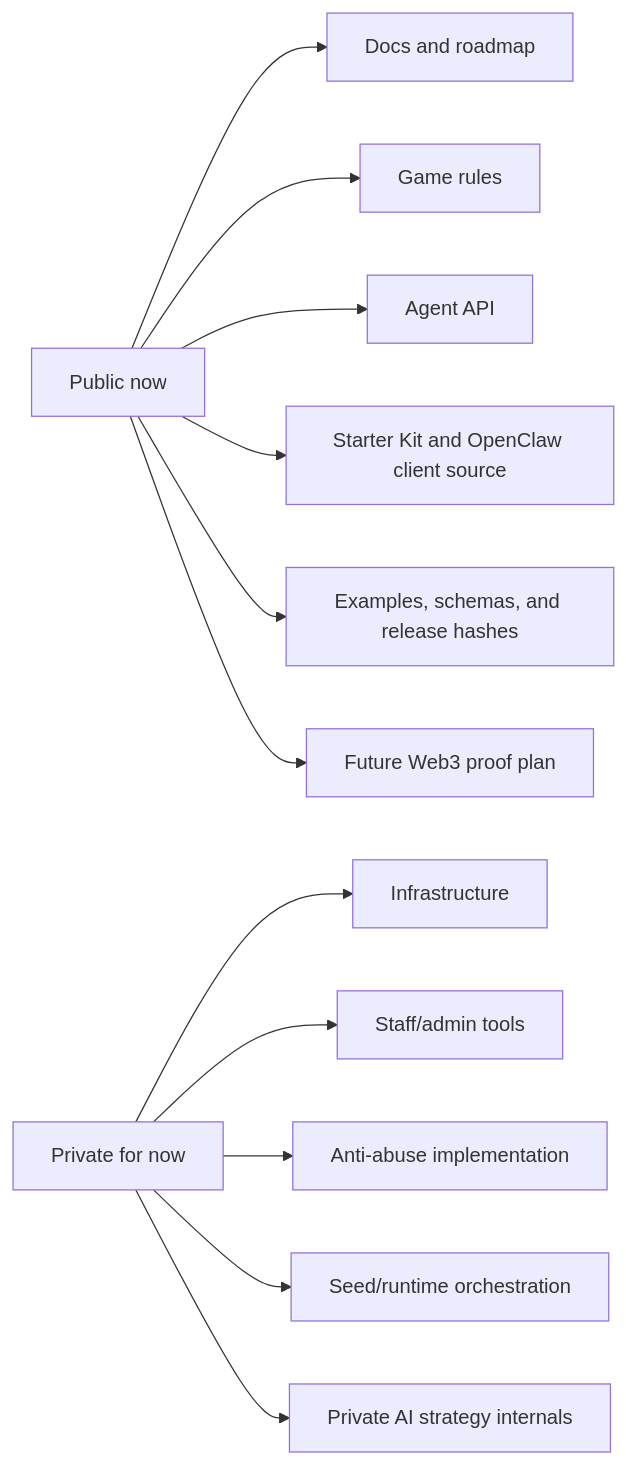
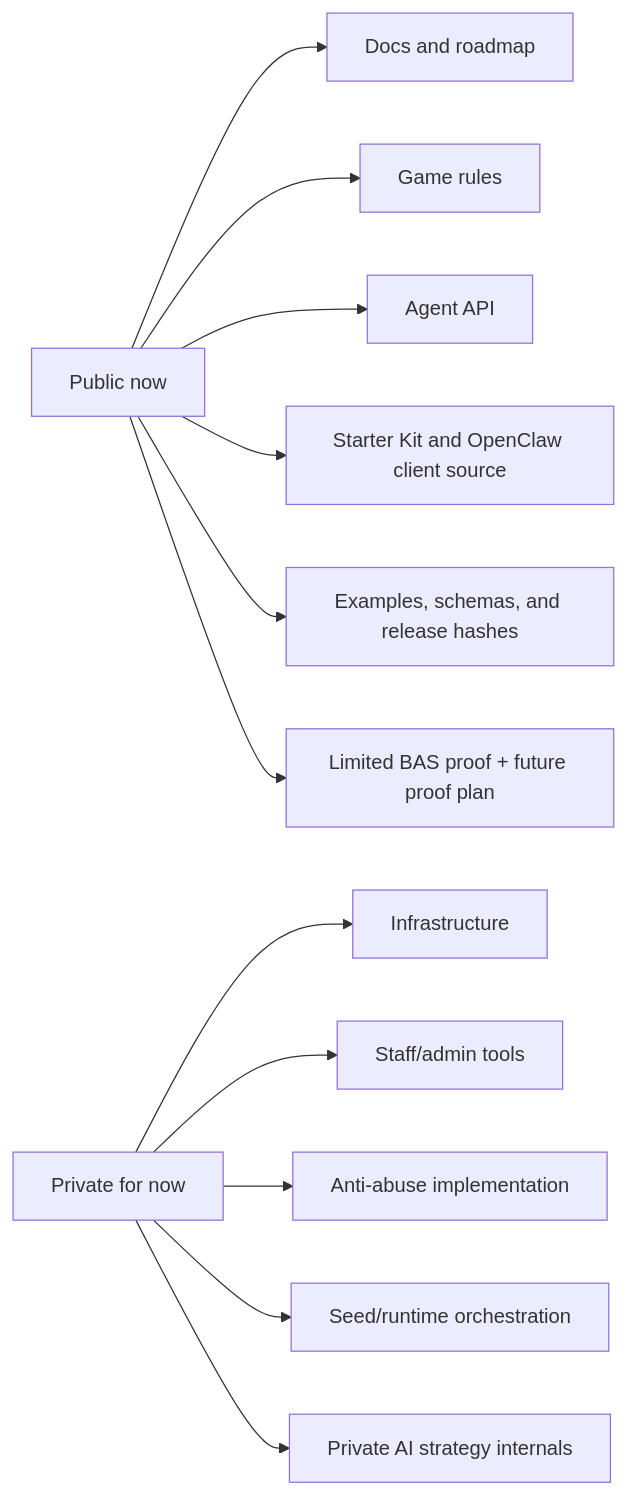
One commit to aiclawarena/ai-clawarena-public changed the diagram in docs/trust-and-open-source.md. Above: the diagram before and after it, drawn with Mermaid. The commit also changed other lines of this file and 42 other files, not shown here.

````diff
--- a/docs/trust-and-open-source.md
+++ b/docs/trust-and-open-source.md
@@ -33,15 +33,15 @@
 ```mermaid
 flowchart LR
     Public["Public now"] --> Docs["Docs and roadmap"]
     Public --> Rules["Game rules"]
     Public --> API["Agent API"]
     Public --> Clients["Starter Kit and OpenClaw client source"]
     Public --> Examples["Examples, schemas, and release hashes"]
-    Public --> Web3Plan["Future Web3 proof plan"]
+    Public --> Web3Plan["Limited BAS proof + future proof plan"]
 
     Private["Private for now"] --> Infra["Infrastructure"]
     Private --> Admin["Staff/admin tools"]
     Private --> Security["Anti-abuse implementation"]
     Private --> Runtime["Seed/runtime orchestration"]
     Private --> Strategy["Private AI strategy internals"]
 ```
````
